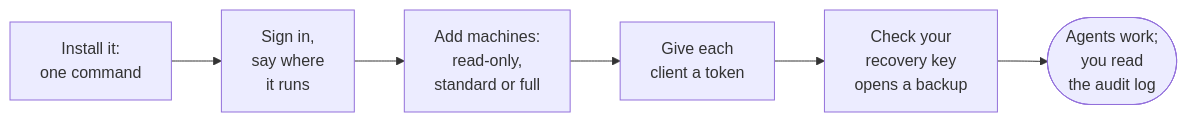
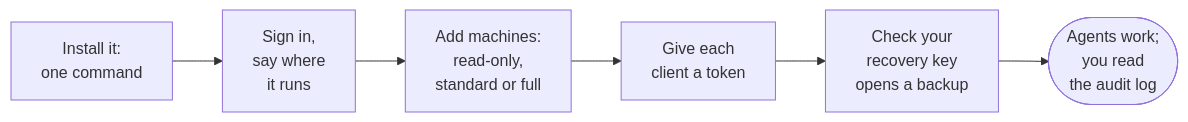
Before and after one commit to ASeabrook36/nervus: the third of 3 diagrams in README.md, drawn with Mermaid. The commit also changed other lines of this file and 9 other files, not shown here.

````diff
--- a/README.md
+++ b/README.md
@@ -170,8 +172,9 @@
 ```mermaid
+%%{init: {"flowchart": {"diagramPadding": 200}}}%%
 flowchart LR
     s1["Install it:<br/>one command"] --> s2["Sign in,<br/>say where<br/>it runs"]
     s2 --> s3["Add machines:<br/>read-only,<br/>standard or full"]
     s3 --> s4["Give each<br/>client a token"]
     s4 --> s5["Check your<br/>recovery key<br/>opens a backup"]
     s5 --> s6(["Agents work;<br/>you read<br/>the audit log"])
 ```
````
